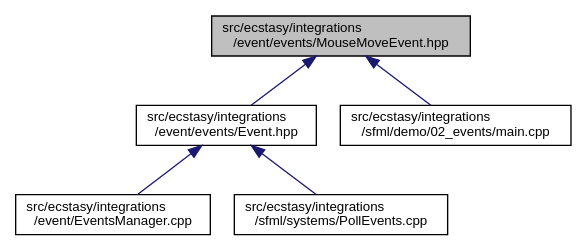
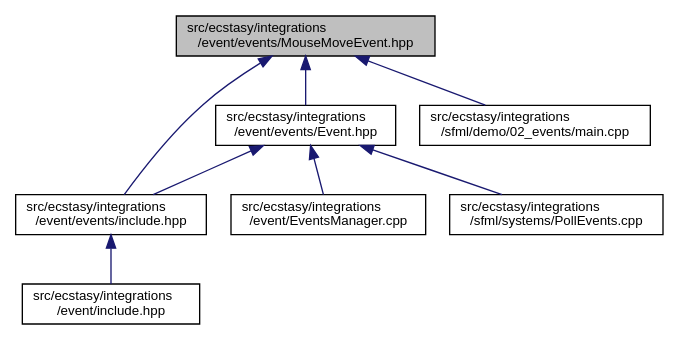
The diagram in _mouse_move_event_8hpp__dep__incl.dot (AndreasLrx/ecstasy), drawn with Graphviz before and after one commit. The commit also changed 894 other files, not shown here.

```diff
--- a/_mouse_move_event_8hpp__dep__incl.dot
+++ b/_mouse_move_event_8hpp__dep__incl.dot
@@ -1,15 +1,20 @@
 digraph "src/ecstasy/integrations/event/events/MouseMoveEvent.hpp"
 {
  // LATEX_PDF_SIZE
   edge [fontname="Helvetica",fontsize="10",labelfontname="Helvetica",labelfontsize="10"];
   node [fontname="Helvetica",fontsize="10",shape=record];
   Node1 [label="src/ecstasy/integrations\l/event/events/MouseMoveEvent.hpp",height=0.2,width=0.4,color="black", fillcolor="grey75", style="filled", fontcolor="black",tooltip=" "];
   Node1 -> Node2 [dir="back",color="midnightblue",fontsize="10",style="solid",fontname="Helvetica"];
   Node2 [label="src/ecstasy/integrations\l/event/events/Event.hpp",height=0.2,width=0.4,color="black", fillcolor="white", style="filled",URL="$_event_8hpp.html",tooltip=" "];
   Node2 -> Node3 [dir="back",color="midnightblue",fontsize="10",style="solid",fontname="Helvetica"];
-  Node3 [label="src/ecstasy/integrations\l/event/EventsManager.cpp",height=0.2,width=0.4,color="black", fillcolor="white", style="filled",URL="$_events_manager_8cpp.html",tooltip=" "];
-  Node2 -> Node4 [dir="back",color="midnightblue",fontsize="10",style="solid",fontname="Helvetica"];
-  Node4 [label="src/ecstasy/integrations\l/sfml/systems/PollEvents.cpp",height=0.2,width=0.4,color="black", fillcolor="white", style="filled",URL="$_poll_events_8cpp.html",tooltip=" "];
-  Node1 -> Node5 [dir="back",color="midnightblue",fontsize="10",style="solid",fontname="Helvetica"];
-  Node5 [label="src/ecstasy/integrations\l/sfml/demo/02_events/main.cpp",height=0.2,width=0.4,color="black", fillcolor="white", style="filled",URL="$02__events_2main_8cpp.html",tooltip=" "];
+  Node3 [label="src/ecstasy/integrations\l/event/events/include.hpp",height=0.2,width=0.4,color="black", fillcolor="white", style="filled",URL="$integrations_2event_2events_2include_8hpp.html",tooltip=" "];
+  Node3 -> Node4 [dir="back",color="midnightblue",fontsize="10",style="solid",fontname="Helvetica"];
+  Node4 [label="src/ecstasy/integrations\l/event/include.hpp",height=0.2,width=0.4,color="black", fillcolor="white", style="filled",URL="$integrations_2event_2include_8hpp.html",tooltip=" "];
+  Node2 -> Node5 [dir="back",color="midnightblue",fontsize="10",style="solid",fontname="Helvetica"];
+  Node5 [label="src/ecstasy/integrations\l/event/EventsManager.cpp",height=0.2,width=0.4,color="black", fillcolor="white", style="filled",URL="$_events_manager_8cpp.html",tooltip=" "];
+  Node2 -> Node6 [dir="back",color="midnightblue",fontsize="10",style="solid",fontname="Helvetica"];
+  Node6 [label="src/ecstasy/integrations\l/sfml/systems/PollEvents.cpp",height=0.2,width=0.4,color="black", fillcolor="white", style="filled",URL="$_poll_events_8cpp.html",tooltip=" "];
+  Node1 -> Node3 [dir="back",color="midnightblue",fontsize="10",style="solid",fontname="Helvetica"];
+  Node1 -> Node7 [dir="back",color="midnightblue",fontsize="10",style="solid",fontname="Helvetica"];
+  Node7 [label="src/ecstasy/integrations\l/sfml/demo/02_events/main.cpp",height=0.2,width=0.4,color="black", fillcolor="white", style="filled",URL="$02__events_2main_8cpp.html",tooltip=" "];
 }
```
